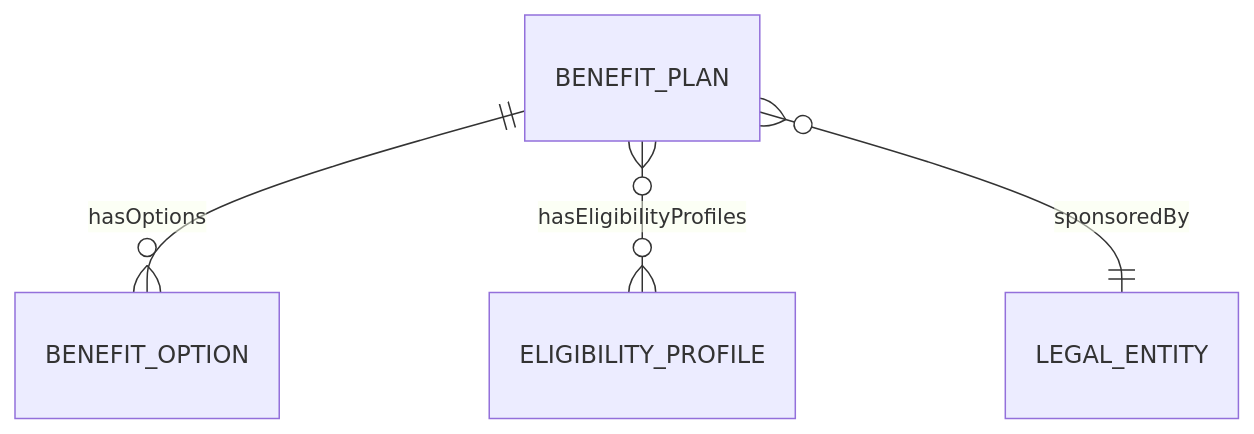
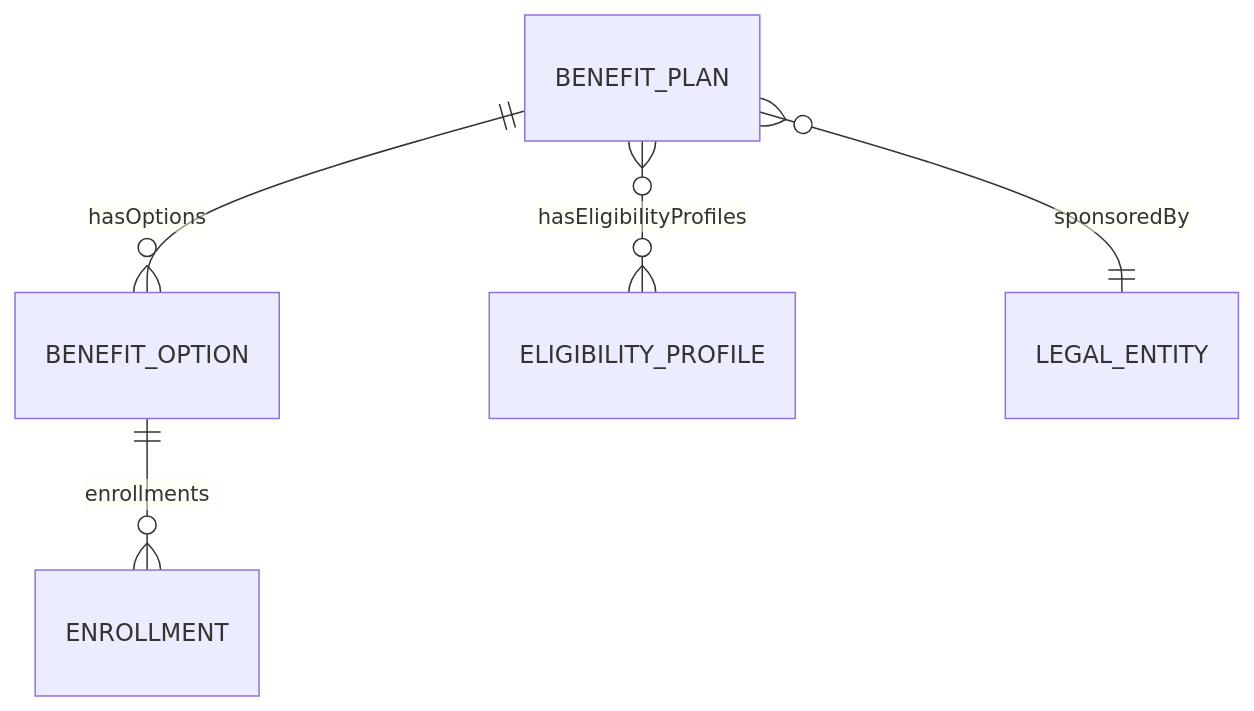
The second of 4 diagrams in docs/01-modules/TR/00-ontology/domain/benefits/benefit-plan.onto.md (a4b-corporation/xTalent), drawn with Mermaid before and after one commit. The commit also changed other lines of this file and 14 other files, not shown here.

````diff
--- a/docs/01-modules/TR/00-ontology/domain/benefits/benefit-plan.onto.md
+++ b/docs/01-modules/TR/00-ontology/domain/benefits/benefit-plan.onto.md
@@ -182,6 +215,7 @@
 ```mermaid
 erDiagram
     BENEFIT_PLAN ||--o{ BENEFIT_OPTION : "hasOptions"
     BENEFIT_PLAN }o--o{ ELIGIBILITY_PROFILE : "hasEligibilityProfiles"
     BENEFIT_PLAN }o--|| LEGAL_ENTITY : "sponsoredBy"
+    BENEFIT_OPTION ||--o{ ENROLLMENT : "enrollments"
 ```
````
